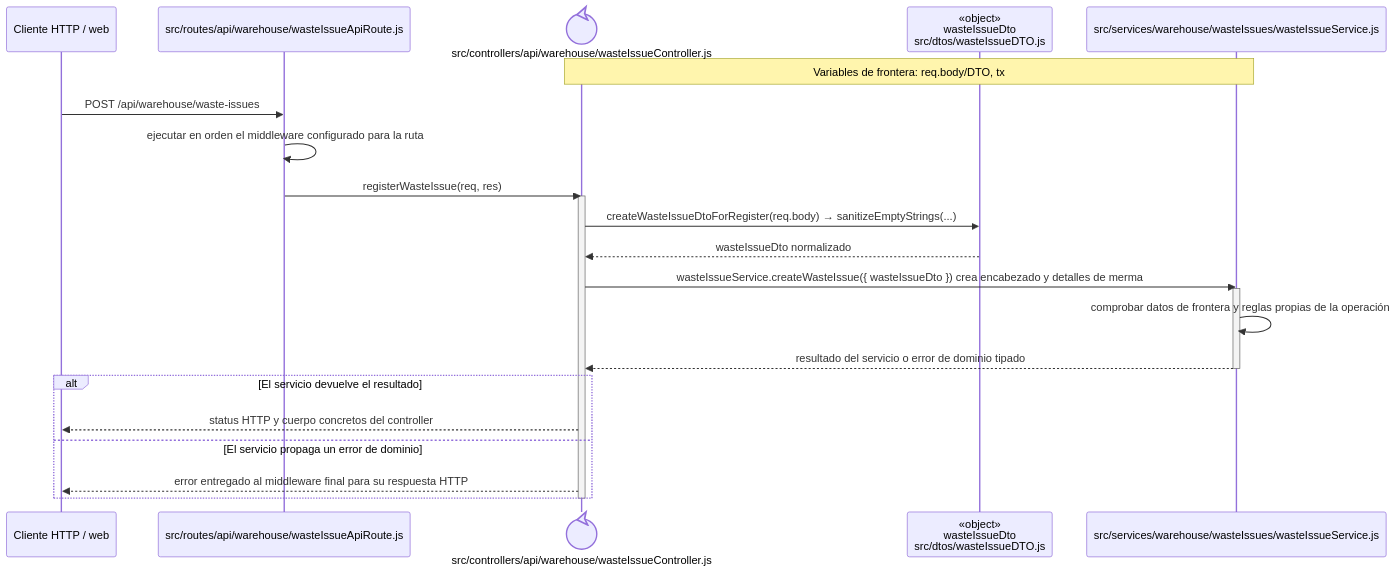
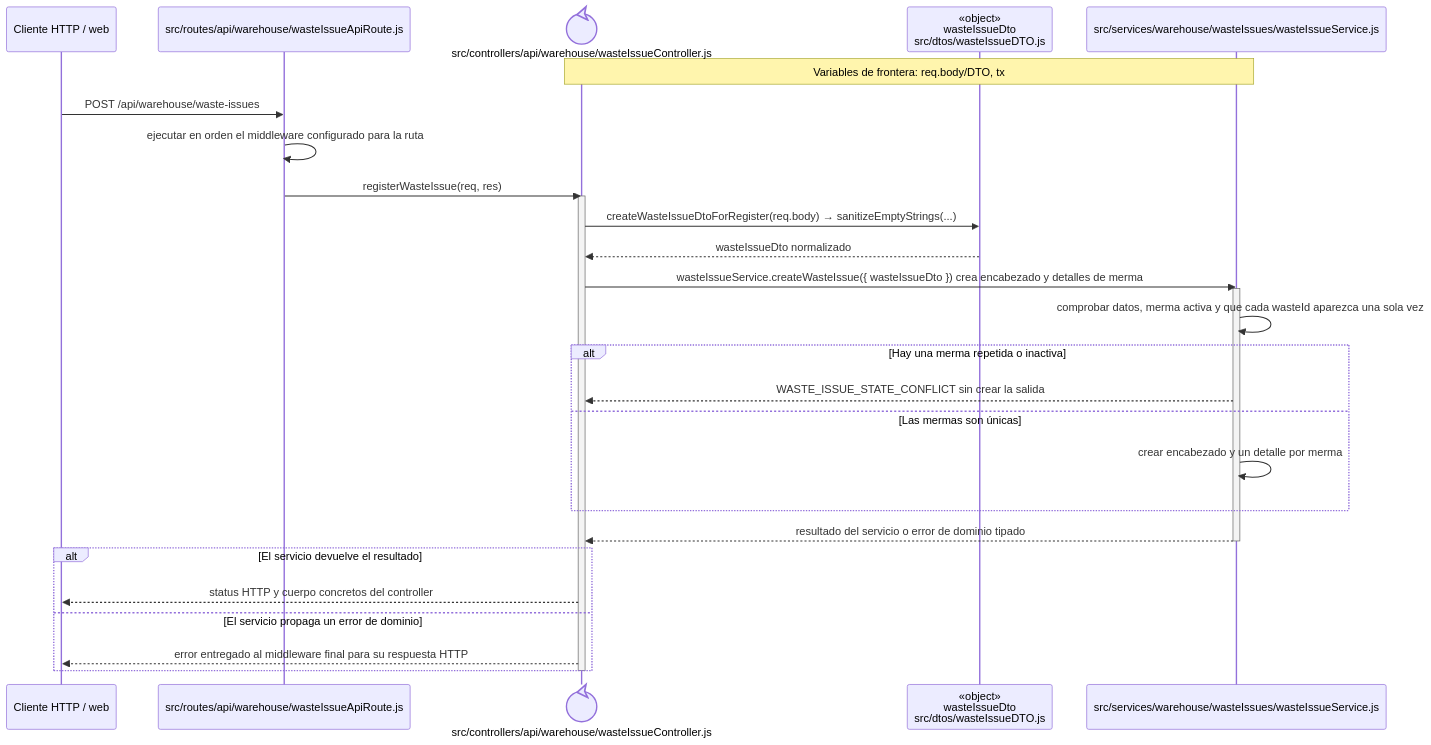
The eighth of 12 diagrams in docs/architecture/backend-code-sequences/issues.md (gpgsistemas01/nexus), drawn with Mermaid before and after one commit. The commit also changed other lines of this file and 35 other files, not shown here.

````diff
--- a/docs/architecture/backend-code-sequences/issues.md
+++ b/docs/architecture/backend-code-sequences/issues.md
@@ -240,27 +240,32 @@
 ```mermaid
 sequenceDiagram
     participant Client as Cliente HTTP / web
     participant Route as src/routes/api/warehouse/wasteIssueApiRoute.js
     participant Controller@{ "type": "control" } as src/controllers/api/warehouse/wasteIssueController.js
     participant IssueDto as «object»<br/>wasteIssueDto<br/>src/dtos/wasteIssueDTO.js
     participant Domain as src/services/warehouse/wasteIssues/wasteIssueService.js
     Note over Controller,Domain: Variables de frontera: req.body/DTO, tx
 
     Client->>Route: POST /api/warehouse/waste-issues
     Route->>Route: ejecutar en orden el middleware configurado para la ruta
     Route->>Controller: registerWasteIssue(req, res)
     activate Controller
     Controller->>IssueDto: createWasteIssueDtoForRegister(req.body) → sanitizeEmptyStrings(...)
     IssueDto-->>Controller: wasteIssueDto normalizado
     Controller->>Domain: wasteIssueService.createWasteIssue({ wasteIssueDto }) crea encabezado y detalles de merma
     activate Domain
-    Domain->>Domain: comprobar datos de frontera y reglas propias de la operación
+    Domain->>Domain: comprobar datos, merma activa y que cada wasteId aparezca una sola vez
+    alt Hay una merma repetida o inactiva
+        Domain-->>Controller: WASTE_ISSUE_STATE_CONFLICT sin crear la salida
+    else Las mermas son únicas
+        Domain->>Domain: crear encabezado y un detalle por merma
+    end
     Domain-->>Controller: resultado del servicio o error de dominio tipado
     deactivate Domain
     alt El servicio devuelve el resultado
         Controller-->>Client: status HTTP y cuerpo concretos del controller
     else El servicio propaga un error de dominio
         Controller-->>Client: error entregado al middleware final para su respuesta HTTP
     end
     deactivate Controller
 ```
````
